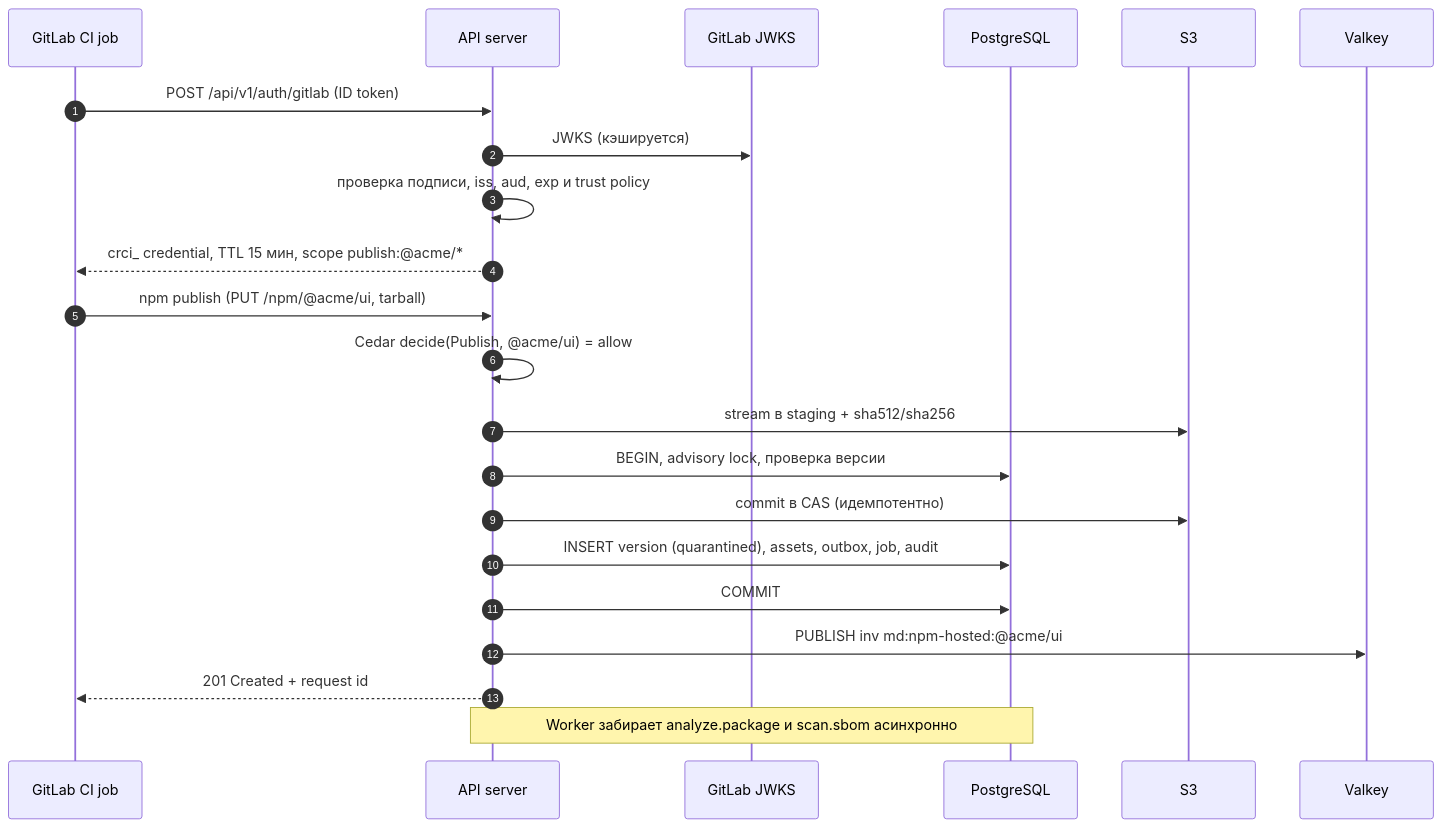
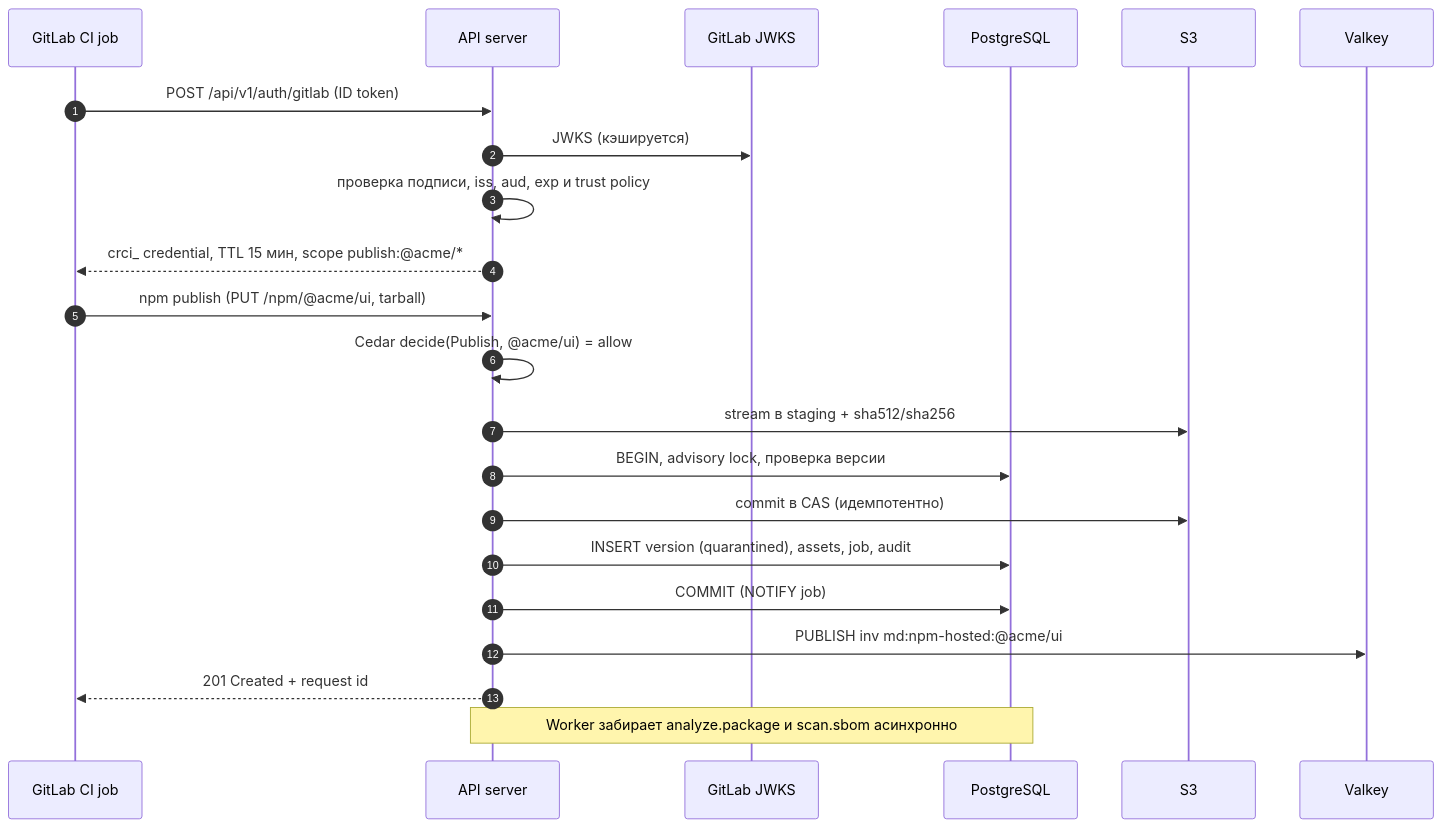
One commit to izevg/CRANE changed the first of 7 diagrams in docs/product/12-sequence-diagrams.md. Above: the diagram before and after it, drawn with Mermaid. The commit also changed 31 other files, not shown here.

````diff
--- a/docs/product/12-sequence-diagrams.md
+++ b/docs/product/12-sequence-diagrams.md
@@ -5,24 +5,24 @@
 ```mermaid
 sequenceDiagram
   autonumber
   participant J as GitLab CI job
   participant A as API server
   participant G as GitLab JWKS
   participant P as PostgreSQL
   participant S as S3
   participant V as Valkey
   J->>A: POST /api/v1/auth/gitlab (ID token)
   A->>G: JWKS (кэшируется)
   A->>A: проверка подписи, iss, aud, exp и trust policy
   A-->>J: crci_ credential, TTL 15 мин, scope publish:@acme/*
   J->>A: npm publish (PUT /npm/@acme/ui, tarball)
   A->>A: Cedar decide(Publish, @acme/ui) = allow
   A->>S: stream в staging + sha512/sha256
   A->>P: BEGIN, advisory lock, проверка версии
   A->>S: commit в CAS (идемпотентно)
-  A->>P: INSERT version (quarantined), assets, outbox, job, audit
-  A->>P: COMMIT
+  A->>P: INSERT version (quarantined), assets, job, audit
+  A->>P: COMMIT (NOTIFY job)
   A->>V: PUBLISH inv md:npm-hosted:@acme/ui
   A-->>J: 201 Created + request id
   Note over A,P: Worker забирает analyze.package и scan.sbom асинхронно
 ```
````
